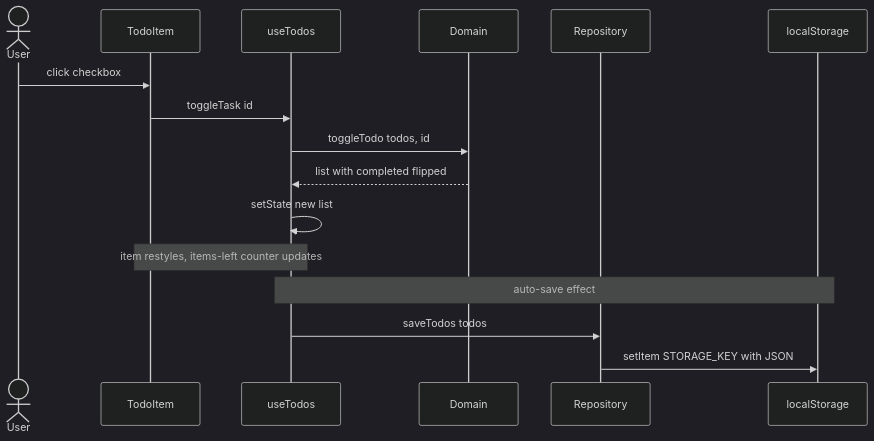
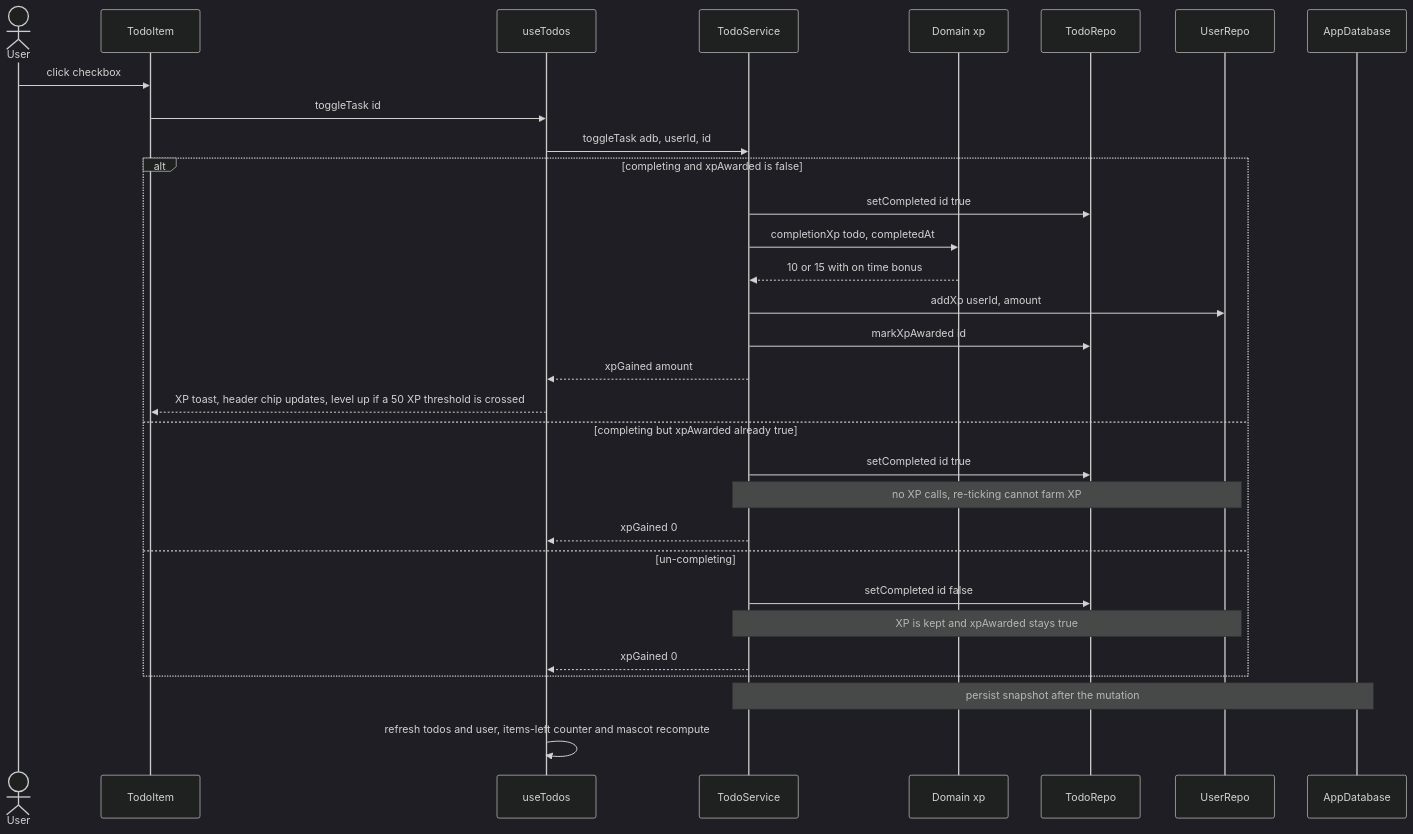
The sixth of 11 diagrams in specs/05-sequence-diagrams.md (Kopi-O-Kosong-Beng/ShopBack_AI-Assisted-App), drawn with Mermaid (dark theme) before and after one commit. The commit also changed other lines of this file and 6 other files, not shown here.

````diff
--- a/specs/05-sequence-diagrams.md
+++ b/specs/05-sequence-diagrams.md
@@ -150,19 +213,34 @@
 ```mermaid
 sequenceDiagram
     actor User
     participant Item as TodoItem
     participant Hook as useTodos
-    participant Domain
-    participant Repo as Repository
-    participant LS as localStorage
+    participant Svc as TodoService
+    participant XP as Domain xp
+    participant TodoRepo
+    participant UserRepo
+    participant DB as AppDatabase
 
     User->>Item: click checkbox
     Item->>Hook: toggleTask id
-    Hook->>Domain: toggleTodo todos, id
-    Domain-->>Hook: list with completed flipped
-    Hook->>Hook: setState new list
-    Note over Item,Hook: item restyles, items-left counter updates
-    Note over Hook,LS: auto-save effect
-    Hook->>Repo: saveTodos todos
-    Repo->>LS: setItem STORAGE_KEY with JSON
+    Hook->>Svc: toggleTask adb, userId, id
+    alt completing and xpAwarded is false
+        Svc->>TodoRepo: setCompleted id true
+        Svc->>XP: completionXp todo, completedAt
+        XP-->>Svc: 10 or 15 with on time bonus
+        Svc->>UserRepo: addXp userId, amount
+        Svc->>TodoRepo: markXpAwarded id
+        Svc-->>Hook: xpGained amount
+        Hook-->>Item: XP toast, header chip updates, level up if a 50 XP threshold is crossed
+    else completing but xpAwarded already true
+        Svc->>TodoRepo: setCompleted id true
+        Note over Svc,UserRepo: no XP calls, re-ticking cannot farm XP
+        Svc-->>Hook: xpGained 0
+    else un-completing
+        Svc->>TodoRepo: setCompleted id false
+        Note over Svc,UserRepo: XP is kept and xpAwarded stays true
+        Svc-->>Hook: xpGained 0
+    end
+    Note over Svc,DB: persist snapshot after the mutation
+    Hook->>Hook: refresh todos and user, items-left counter and mascot recompute
 ```
````
